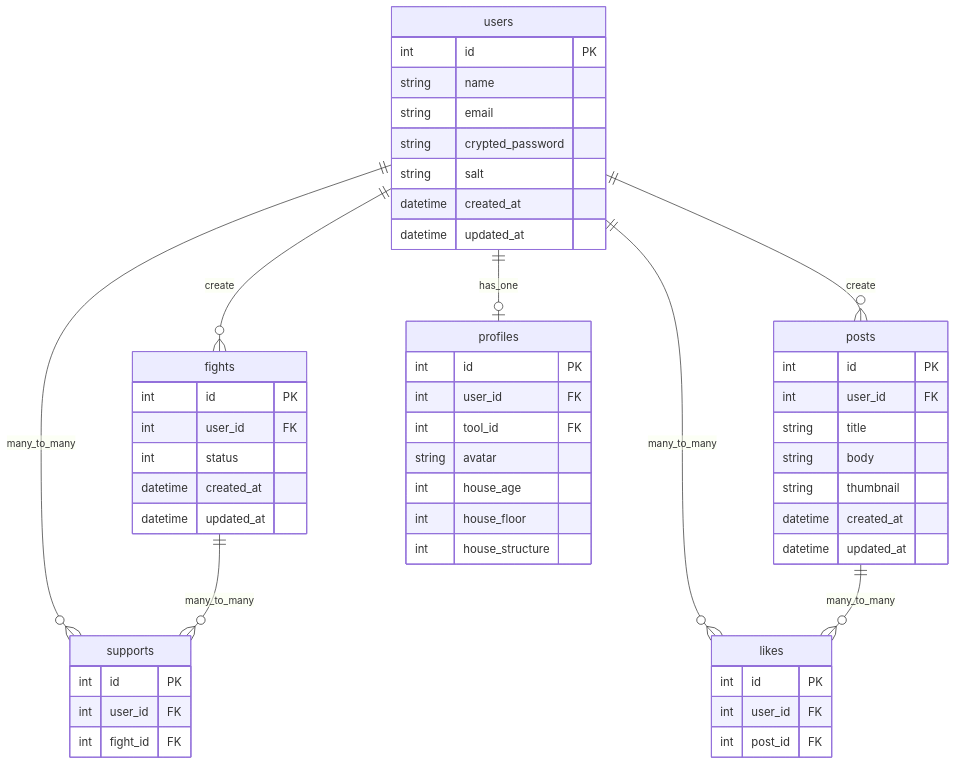
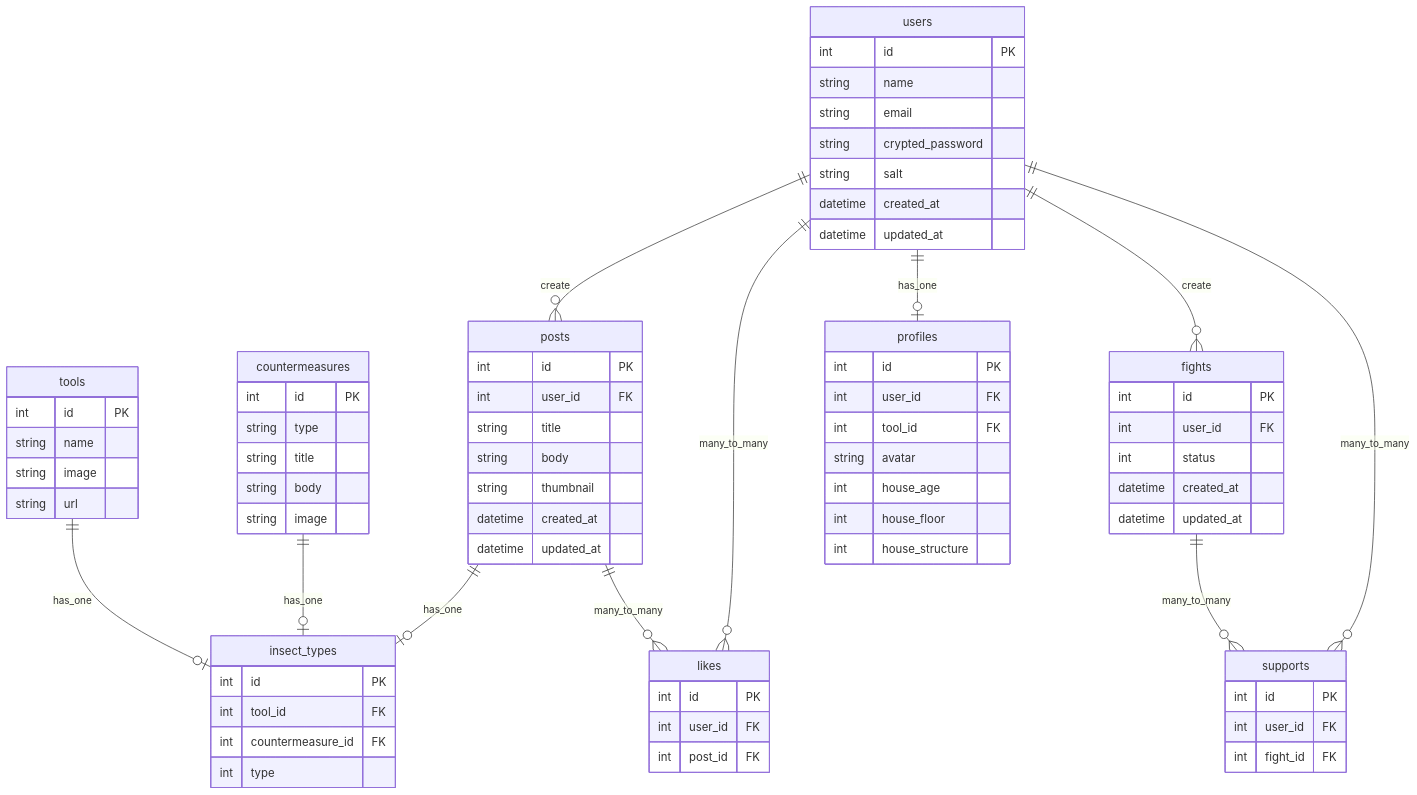
Before and after one commit to hagimoto0943/goki-network: the diagram in README.md, drawn with Mermaid. The commit also changed 32 other files, not shown here.

````diff
--- a/README.md
+++ b/README.md
@@ -66,59 +66,83 @@
 ```mermaid
 erDiagram
+posts ||--o| insect_types : has_one
+countermeasures ||--o| insect_types : has_one
+tools ||--o| insect_types : has_one
+users ||--o{ posts : create
 users ||--o{ fights : create
-users ||--o{ posts : create
 users ||--o{ likes : many_to_many
 users ||--o{ supports : many_to_many
 fights ||--o{ supports : many_to_many
 posts ||--o{ likes : many_to_many
 users ||--o| profiles : has_one
 
   users {
     int id PK
     string name
     string email
     string crypted_password
     string salt
     datetime created_at
     datetime updated_at
   }
   fights {
     int id PK
     int user_id FK
     int status
     datetime created_at
     datetime updated_at
   }
   profiles {
     int id PK
     int user_id FK
     int tool_id FK
     string avatar
     int house_age
     int house_floor
     int house_structure
   }
   posts {
     int id PK
     int user_id FK
     string title
     string body
     string thumbnail
     datetime created_at
     datetime updated_at
   }
 
   likes {
     int id PK
     int user_id FK
     int post_id FK
   }
 
   supports {
     int id PK
     int user_id FK
     int fight_id FK
   }
 
+  countermeasures{
+    int id PK
+    string type
+    string title
+    string body
+    string image
+  }
+
+  tools{
+    int id PK
+    string name
+    string image
+    string url
+  }
+
+  insect_types{
+    int id PK
+    int tool_id FK
+    int countermeasure_id FK
+    int type
+  }
 
 ```
````
